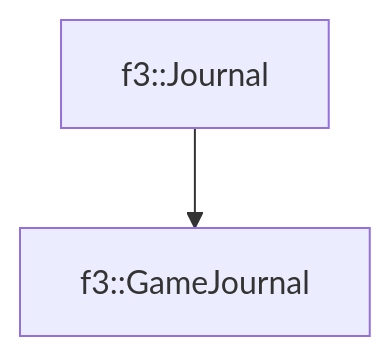
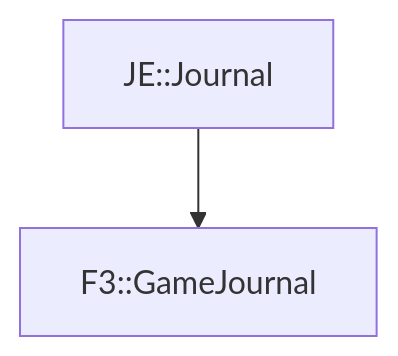
Before and after one commit to OpenJE/openvb: the diagram in docs/f3/GameJournal.md, drawn with Mermaid. The commit also changed other lines of this file and 1399 other files, not shown here.

````diff
--- a/docs/f3/GameJournal.md
+++ b/docs/f3/GameJournal.md
@@ -16,4 +16,4 @@
 ```mermaid
 graph TD;
-    f3::Journal --> f3::GameJournal
+    JE::Journal --> F3::GameJournal
 ```
````
